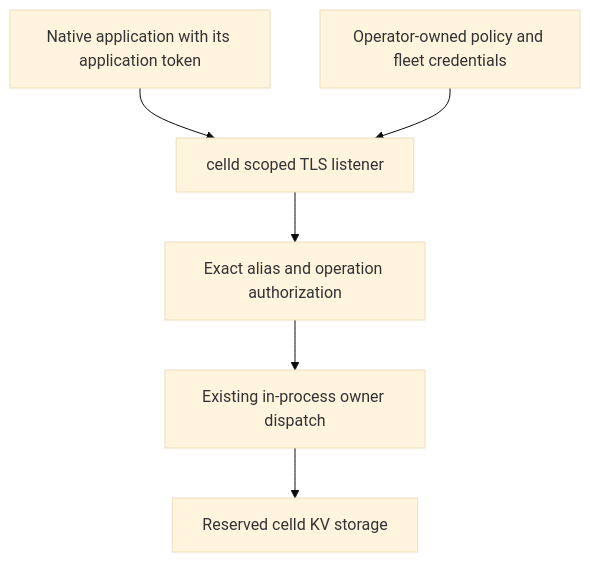
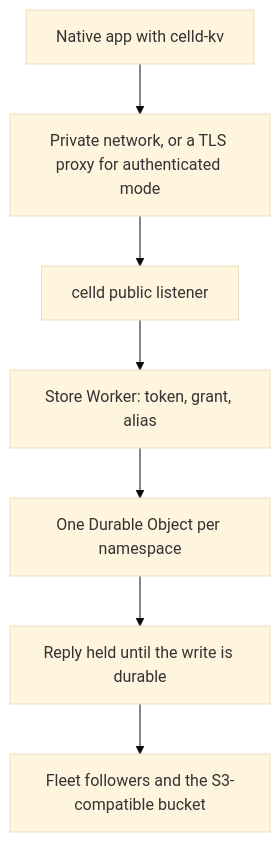
Before and after one commit to IABTechLab/edgezero: the diagram in docs/guide/native-celld-stores.md, drawn with Mermaid (base theme). The commit also changed other lines of this file and 41 other files, not shown here.

````diff
--- a/docs/guide/native-celld-stores.md
+++ b/docs/guide/native-celld-stores.md
@@ -124,8 +7,9 @@
 ```mermaid
 flowchart TD
-    App[Native application with its application token] --> Scoped[celld scoped TLS listener]
-    Scoped --> Policy[Exact alias and operation authorization]
-    Policy --> Owner[Existing in-process owner dispatch]
-    Owner --> KV[Reserved celld KV storage]
-    Operator[Operator-owned policy and fleet credentials] --> Scoped
+    App[Native app with celld-kv] --> Net[Private network, or a TLS proxy for authenticated mode]
+    Net --> Listener[celld public listener]
+    Listener --> Worker[Store Worker: token, grant, alias]
+    Worker --> Object[One Durable Object per namespace]
+    Object --> Gate[Reply held until the write is durable]
+    Gate --> Bucket[Fleet followers and the S3-compatible bucket]
 ```
````
